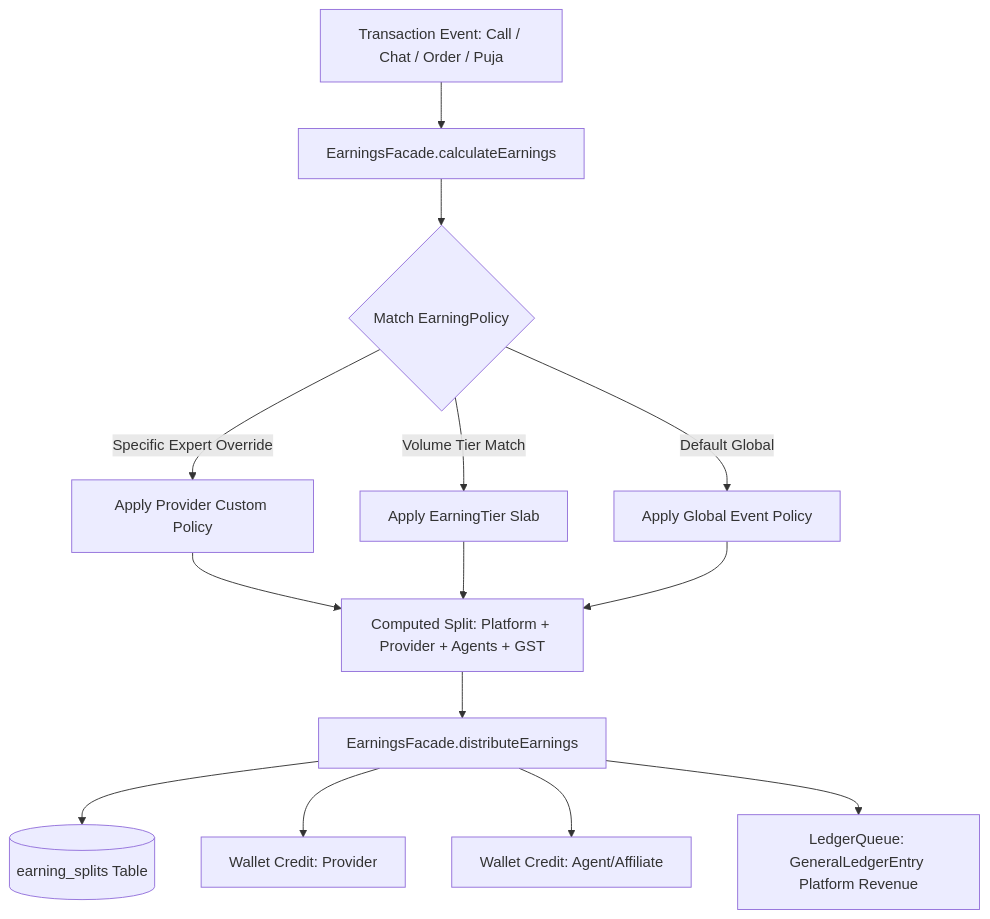
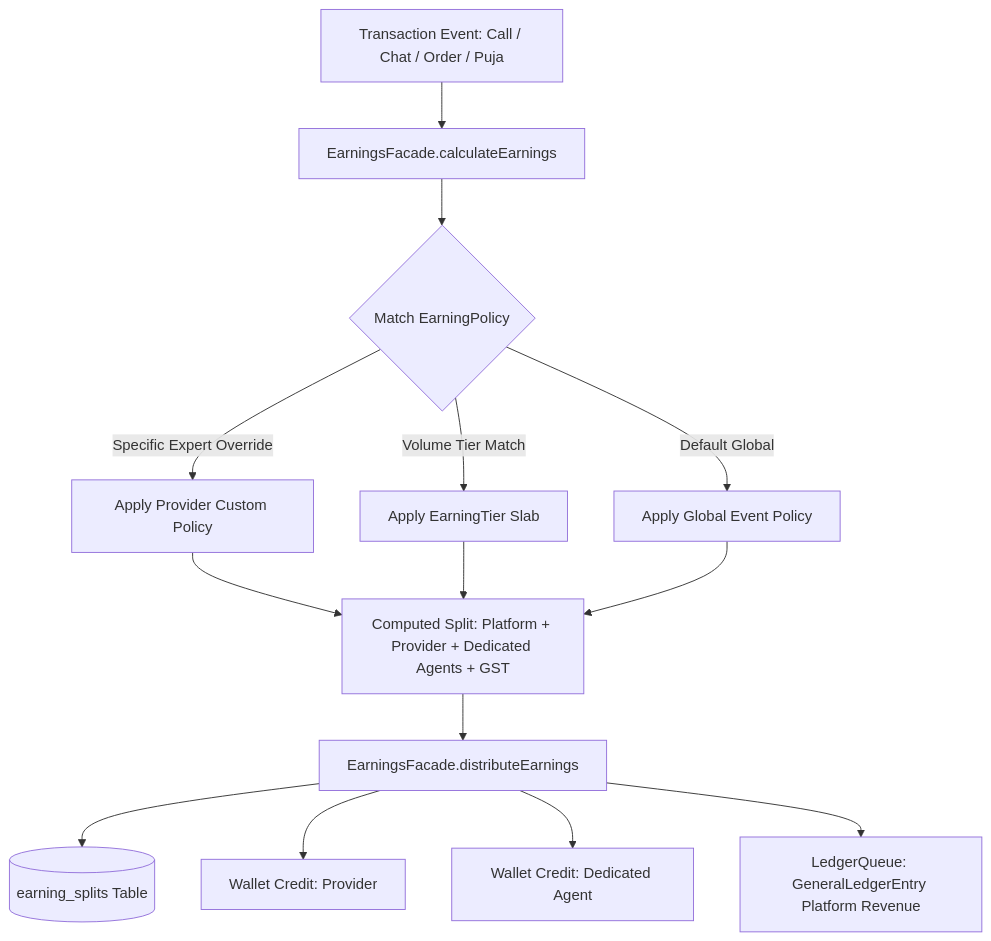
Before and after one commit to rgstartup/astrology-in-bharat-services: the first of 2 diagrams in docs/earnings-and-revenue-distribution.md, drawn with Mermaid. The commit also changed other lines of this file and 1577 other files, not shown here.

````diff
--- a/docs/earnings-and-revenue-distribution.md
+++ b/docs/earnings-and-revenue-distribution.md
@@ -9,16 +9,16 @@
 ```mermaid
 graph TD
     A[Transaction Event: Call / Chat / Order / Puja] --> B[EarningsFacade.calculateEarnings]
     B --> C{Match EarningPolicy}
     C -->|Specific Expert Override| D[Apply Provider Custom Policy]
     C -->|Volume Tier Match| E[Apply EarningTier Slab]
     C -->|Default Global| F[Apply Global Event Policy]
-    D --> G[Computed Split: Platform + Provider + Agents + GST]
+    D --> G[Computed Split: Platform + Provider + Dedicated Agents + GST]
     E --> G
     F --> G
     G --> H[EarningsFacade.distributeEarnings]
     H --> I[(earning_splits Table)]
     H --> J[Wallet Credit: Provider]
-    H --> K[Wallet Credit: Agent/Affiliate]
+    H --> K[Wallet Credit: Dedicated Agent]
     H --> L[LedgerQueue: GeneralLedgerEntry Platform Revenue]
 ```
````
